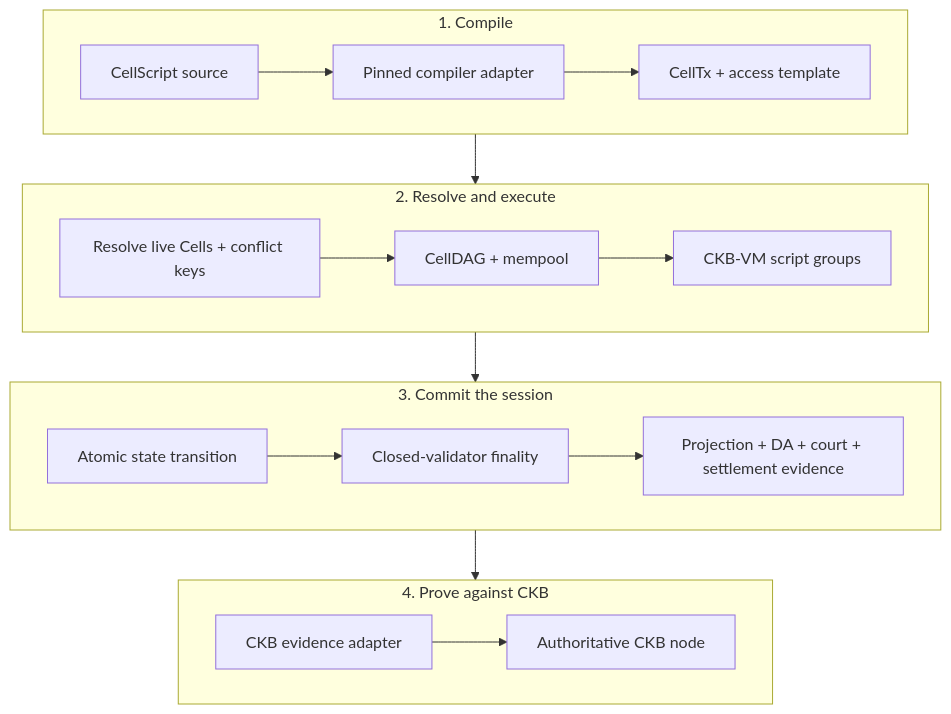
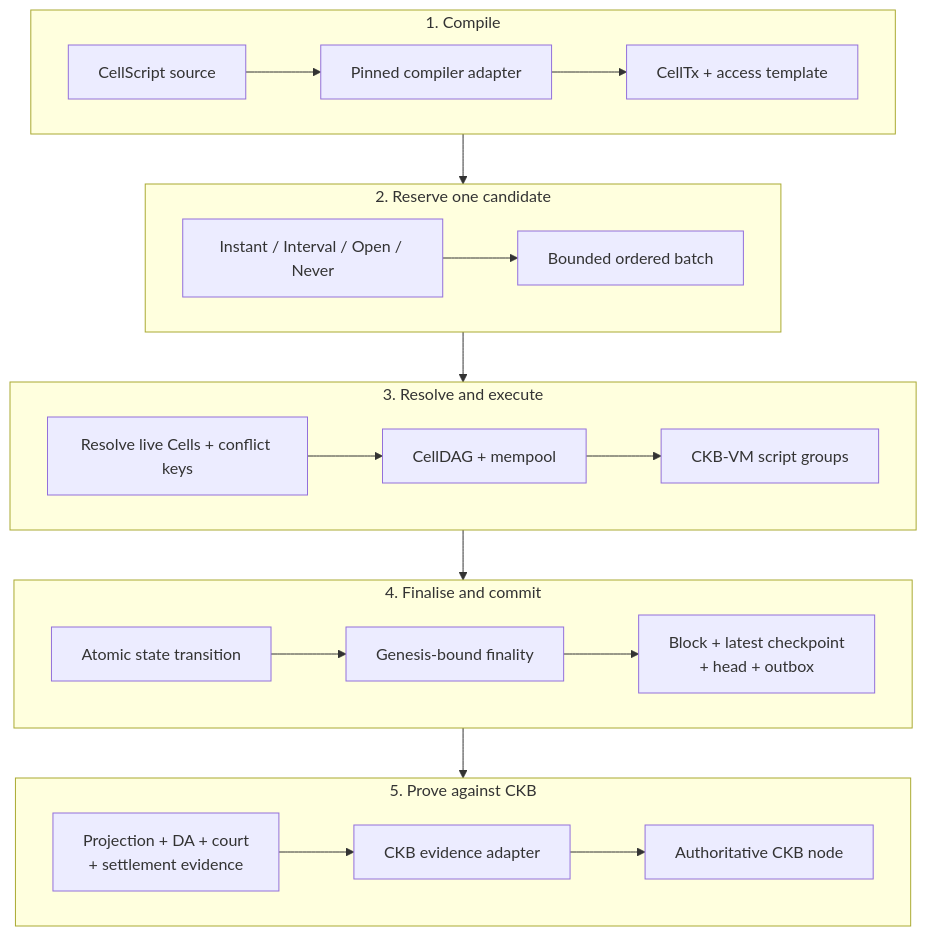
The first of 4 diagrams in README.md (Myelin-Labs/Myelin), drawn with Mermaid before and after one commit. The commit also changed other lines of this file and 13 other files, not shown here.

````diff
--- a/README.md
+++ b/README.md
@@ -29,26 +29,32 @@
 ```mermaid
 flowchart TB
     subgraph BUILD["1. Compile"]
         direction LR
         CS["CellScript source"] --> CA["Pinned compiler adapter"] --> TX["CellTx + access template"]
     end
 
-    subgraph EXECUTE["2. Resolve and execute"]
+    subgraph PRODUCE["2. Reserve one candidate"]
+        direction LR
+        P["Instant / Interval / Open / Never"] --> B["Bounded ordered batch"]
+    end
+
+    subgraph EXECUTE["3. Resolve and execute"]
         direction LR
         R["Resolve live Cells + conflict keys"] --> D["CellDAG + mempool"] --> VM["CKB-VM script groups"]
     end
 
-    subgraph COMMIT["3. Commit the session"]
+    subgraph COMMIT["4. Finalise and commit"]
         direction LR
-        ST["Atomic state transition"] --> CO["Closed-validator finality"] --> EV["Projection + DA + court + settlement evidence"]
+        ST["Atomic state transition"] --> CO["Genesis-bound finality"] --> AC["Block + latest checkpoint<br/>+ head + outbox"]
     end
 
-    subgraph PROVE["4. Prove against CKB"]
+    subgraph PROVE["5. Prove against CKB"]
         direction LR
-        AD["CKB evidence adapter"] --> CKB["Authoritative CKB node"]
+        EV["Projection + DA + court<br/>+ settlement evidence"] --> AD["CKB evidence adapter"] --> CKB["Authoritative CKB node"]
     end
 
-    TX --> R
+    TX --> P
+    B --> R
     VM --> ST
-    EV --> AD
+    AC --> EV
 ```
````
